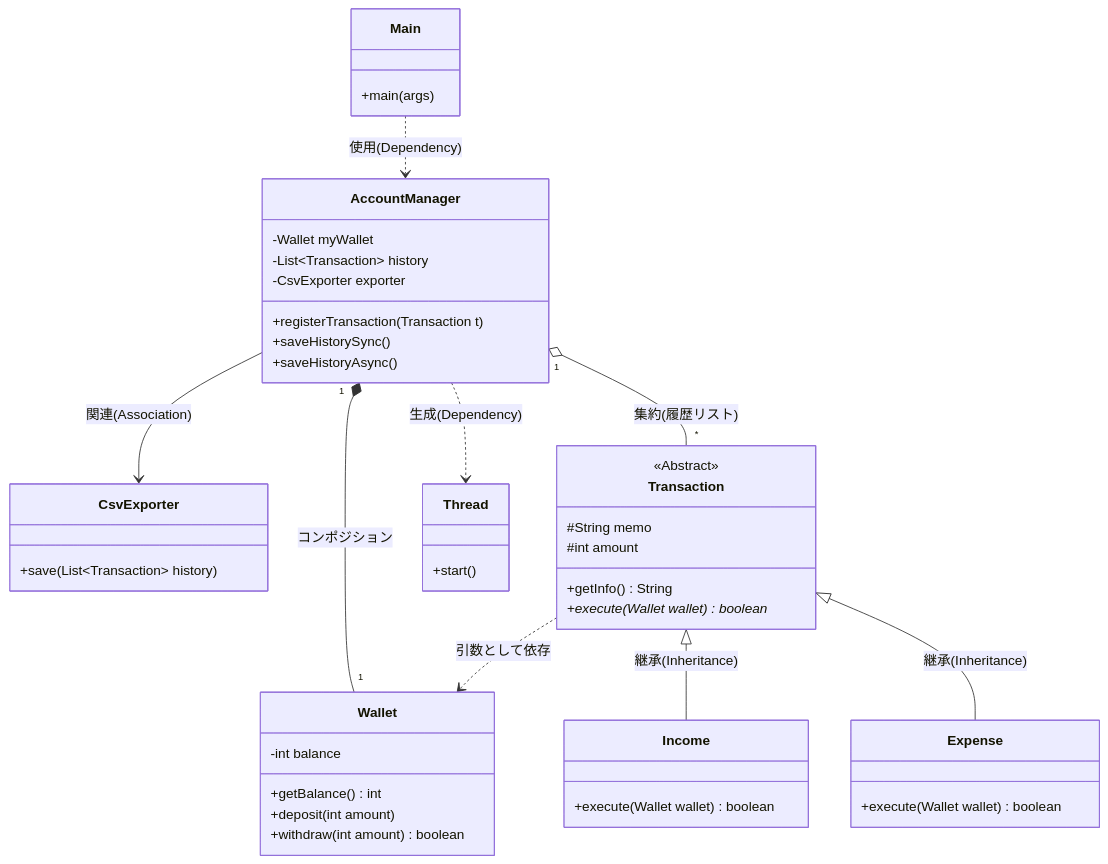
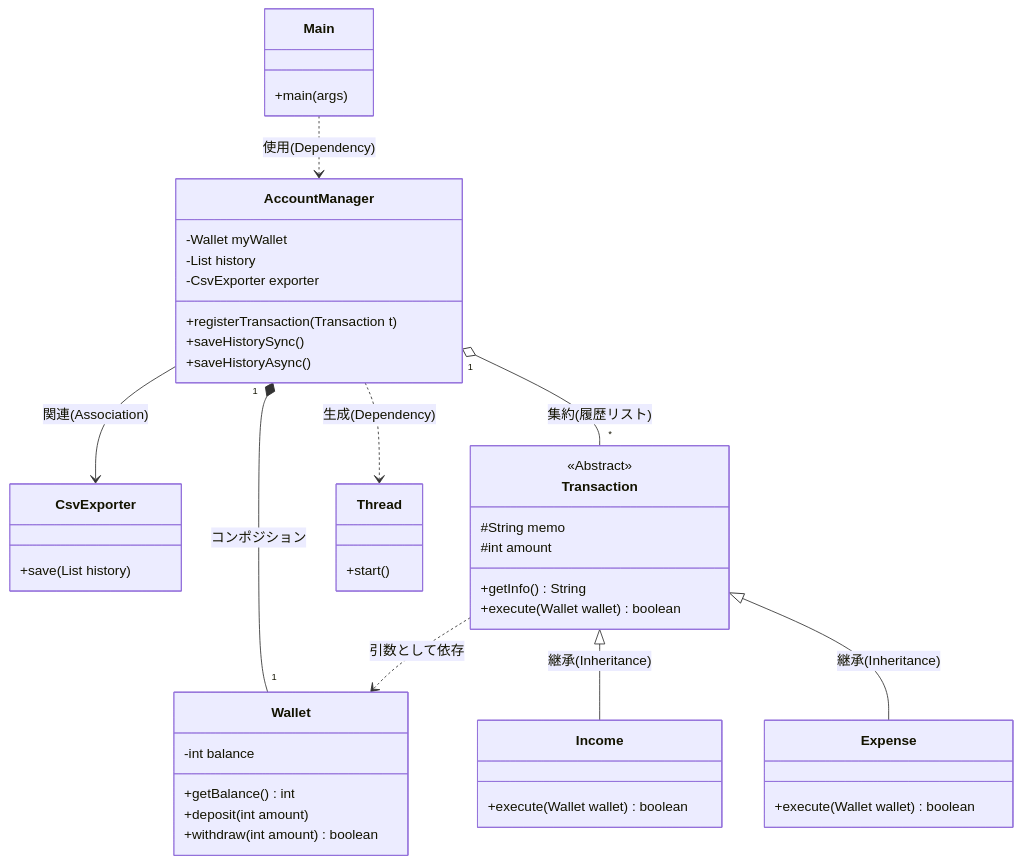
Before and after one commit to soichiro1357533/documents: the diagram in src/クラス図.md, drawn with Mermaid. The commit also changed 4 other files, not shown here.

Commit message:
Enable Mermaid rendering using custom JS from reference repo

````diff
--- a/src/クラス図.md
+++ b/src/クラス図.md
@@ -1,69 +1,69 @@
 ```mermaid
 classDiagram
     %% --- クラス定義 ---
     
     class Main {
         +main(args)
     }
 
     class AccountManager {
         -Wallet myWallet
-        -List~Transaction~ history
+        -List<Transaction> history
         -CsvExporter exporter
         +registerTransaction(Transaction t)
         +saveHistorySync()
         +saveHistoryAsync()
     }
 
     class Wallet {
         -int balance
         +getBalance() int
         +deposit(int amount)
         +withdraw(int amount) boolean
     }
 
     class CsvExporter {
-        +save(List~Transaction~ history)
+        +save(List<Transaction> history)
     }
 
     class Transaction {
         <<Abstract>>
         #String memo
         #int amount
         +getInfo() String
-        +execute(Wallet wallet)* boolean
+        +execute(Wallet wallet) boolean
     }
 
     class Income {
         +execute(Wallet wallet) boolean
     }
 
     class Expense {
         +execute(Wallet wallet) boolean
     }
 
     %% 標準ライブラリのThread（非同期の表現用）
     class Thread {
         +start()
     }
 
     %% --- 関係性の定義 ---
 
     %% 1. メインはマネージャーを使う
     Main ..> AccountManager : 使用(Dependency)
 
     %% 2. マネージャーは財布と履歴、エクスポーターを持つ
     AccountManager "1" *-- "1" Wallet : コンポジション
     AccountManager "1" o-- "*" Transaction : 集約(履歴リスト)
     AccountManager --> CsvExporter : 関連(Association)
 
     %% 3. 非同期処理でThreadを生成する
     AccountManager ..> Thread : 生成(Dependency)
 
     %% 4. 取引の親子関係
     Transaction <|-- Income : 継承(Inheritance)
     Transaction <|-- Expense : 継承(Inheritance)
 
     %% 5. 取引は実行時に財布を操作する
     Transaction ..> Wallet : 引数として依存
 ```
````
